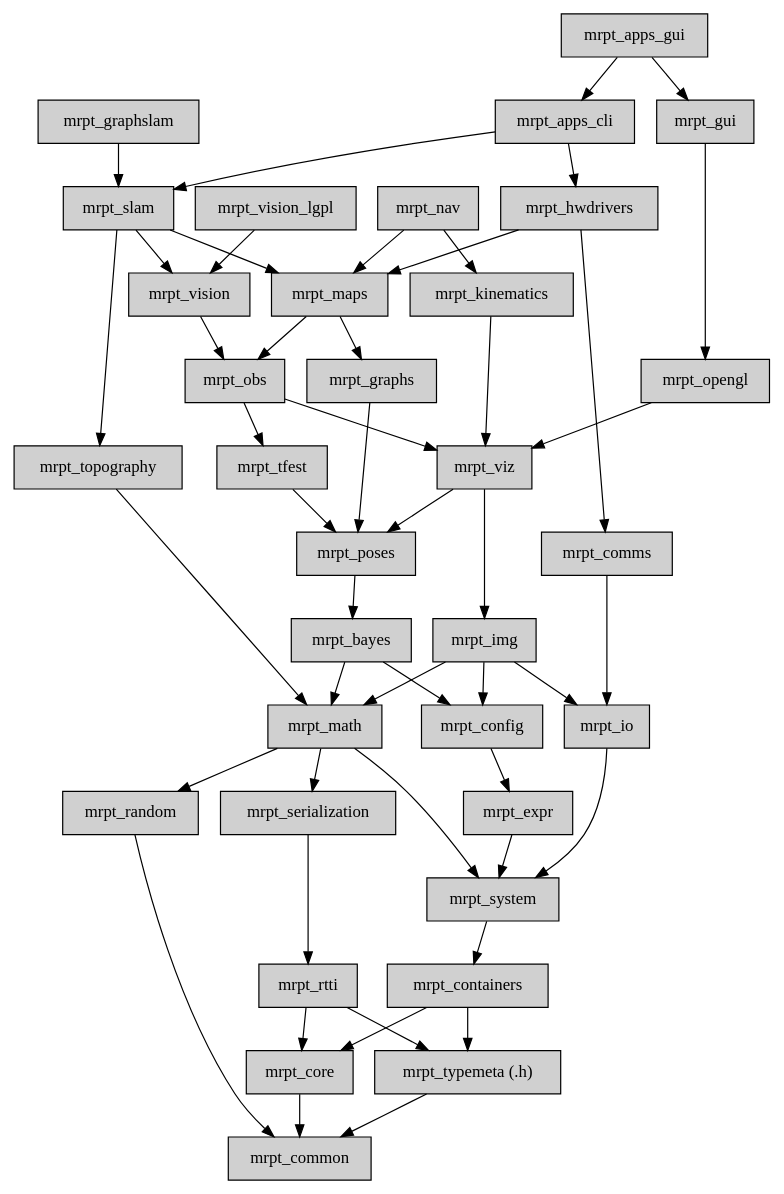
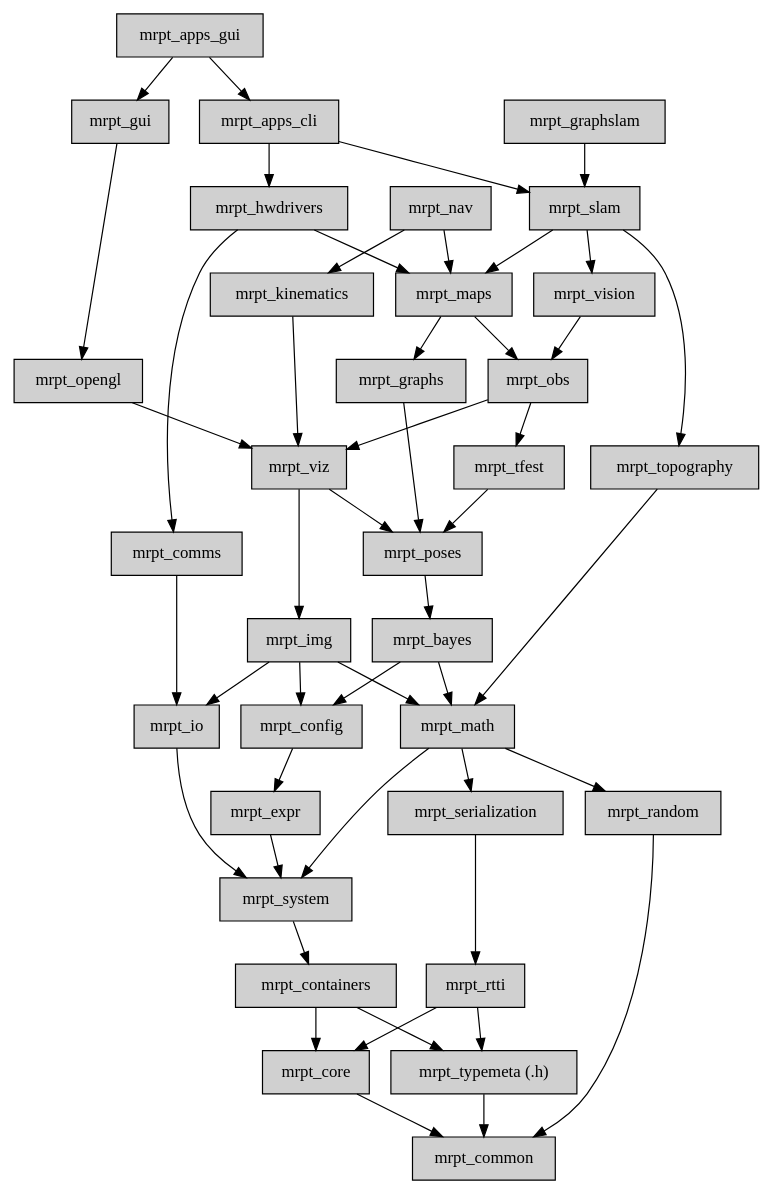
The diagram in doc/source/images/graph_mrpt_libs.dot (MRPT/mrpt), drawn with Graphviz before and after one commit. The commit also changed 16 other files, not shown here.

Commit message:
Remove mrpt_vision_lgpl: these features will be made available in mola_vision

```diff
--- a/doc/source/images/graph_mrpt_libs.dot
+++ b/doc/source/images/graph_mrpt_libs.dot
@@ -1,118 +1,116 @@
 digraph MRPT_LIBS {
 
 	node [shape=box,style=filled, fillcolor="#D0D0D0"];
 
 	common [label="mrpt_common",URL="mrpt_common.html"];
 
 	apps_gui [label="mrpt_apps_gui",URL="group_mrpt_apps_gui_grp.html"];
 	apps_gui -> apps_cli;
 	apps_gui -> gui;
 
 	apps_cli [label="mrpt_apps_cli",URL="group_mrpt_apps_cli_grp.html"];
 	apps_cli -> slam;
 	apps_cli -> hwdrivers;
 
 	bayes [label="mrpt_bayes",URL="group_mrpt_bayes_grp.html"];
 	bayes -> math;
 	bayes -> config;
 
 	comms [label="mrpt_comms",URL="group_mrpt_comms_grp.html"];
 	comms -> io;
 
 	config   [label="mrpt_config",URL="group_mrpt_config_grp.html"];
 	config -> expr;
 
 	containers  [label="mrpt_containers",URL="group_mrpt_containers_grp.html"];
 	containers -> core;
 	containers -> typemeta;
 
 	core       [label="mrpt_core",URL="group_mrpt_core_grp.html"];
 	core -> common;
 
 	expr       [label="mrpt_expr",URL="group_mrpt_expr_grp.html"];
 	expr -> system;
 
 	graphs     [label="mrpt_graphs",URL="group_mrpt_graphs_grp.html"];
 	graphs -> poses;
 
 	graphslam  [label="mrpt_graphslam",URL="group_mrpt_graphslam_grp.html"];
 	graphslam -> slam;
 
 	gui        [label="mrpt_gui",URL="group_mrpt_gui_grp.html"];
 	gui -> opengl;
 
 	viz        [label="mrpt_viz",URL="group_mrpt_viz_grp.html"];
 	viz -> poses;
 	viz -> img;
 
 	hwdrivers  [label="mrpt_hwdrivers",URL="group_mrpt_hwdrivers_grp.html"];
 	hwdrivers -> comms;
 	hwdrivers -> maps;
 
 	img [label="mrpt_img",URL="group_mrpt_img_grp.html"];
 	img  -> io;
 	img  -> math;
 	img  -> config;
 
 	io [label="mrpt_io",URL="group_mrpt_io_grp.html"];
 	io  -> system;
 
 	kinematics [label="mrpt_kinematics",URL="group_mrpt_kinematics_grp.html"];
 	kinematics -> viz;
 
 	maps       [label="mrpt_maps",URL="group_mrpt_maps_grp.html"];
 	maps -> graphs;
 	maps -> obs;
 
 	math       [label="mrpt_math",URL="group_mrpt_math_grp.html"];
 	math -> serialization;
 	math -> random;
 	math -> system;
 
 	nav        [label="mrpt_nav",URL="group_mrpt_nav_grp.html"];
 	nav -> kinematics;
 	nav -> maps;
 
 	obs        [label="mrpt_obs",URL="group_mrpt_obs_grp.html"];
 	obs -> viz;
 	obs -> tfest;
 
 	opengl     [label="mrpt_opengl", URL="group_mrpt_opengl_grp.html"];
 	opengl -> viz;
 
 	poses     [label="mrpt_poses",URL="group_mrpt_poses_grp.html"];
 	poses -> bayes;
 
 	random     [label="mrpt_random",URL="group_mrpt_random_grp.html"];
 	random -> common;
 
 	rtti     [label="mrpt_rtti",URL="group_mrpt_rtti_grp.html"];
 	rtti -> core;
 	rtti -> typemeta;
 
 	serialization [label="mrpt_serialization",URL="group_mrpt_serialization_grp.html"];
 	serialization -> rtti;
 
 	slam       [label="mrpt_slam",URL="group_mrpt_slam_grp.html"];
 	slam -> maps;
 	slam -> vision;
 	slam -> topography;
 
 	system     [label="mrpt_system",URL="group_mrpt_system_grp.html"];
 	system -> containers;
 
 	tfest      [label="mrpt_tfest",URL="group_mrpt_tfest_grp.html"];
 	tfest -> poses;
 
 	topography [label="mrpt_topography",URL="group_mrpt_topography_grp.html"];
 	topography -> math;
 
 	typemeta [label="mrpt_typemeta (.h)",URL="group_mrpt_typemeta_grp.html"];
 	typemeta -> common;
 
 	vision     [label="mrpt_vision",URL="group_mrpt_vision_grp.html"];
 	vision -> obs;
 
-	visionlgpl     [label="mrpt_vision_lgpl",URL="group_mrpt_vision_lgpl_grp.html"];
-	visionlgpl -> vision;
 }
```
